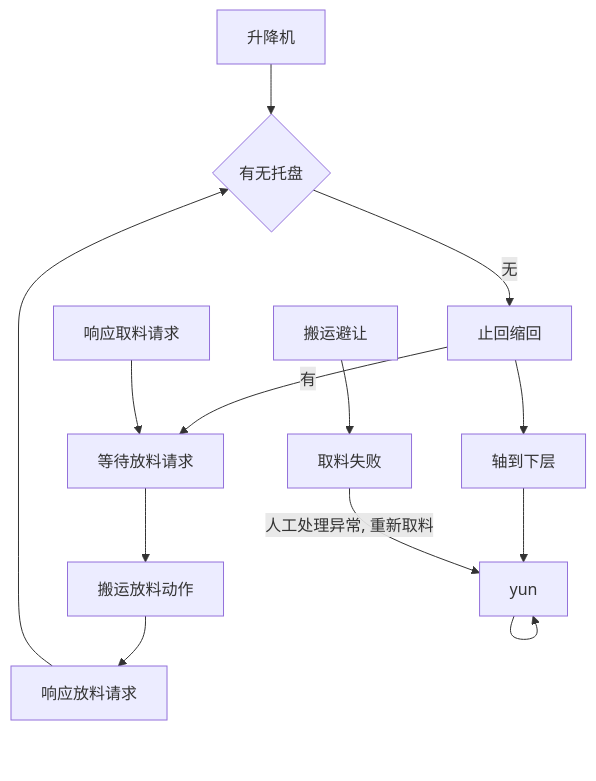
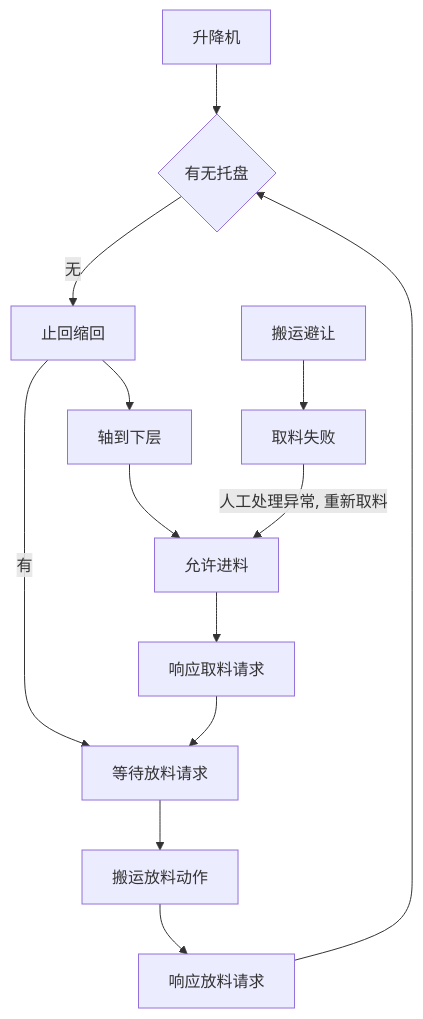
One commit to PengKun1/iodraw-files changed the diagram in all/升降台.md. Above: the diagram before and after it, drawn with Mermaid.

Commit message:
2024-12-23 10:19:44 update

````diff
--- a/all/升降台.md
+++ b/all/升降台.md
@@ -1,16 +1,16 @@
 ```mermaid
 graph TD
 0[升降机]-->10
 10{有无托盘}-->|无|20
 20-->|有|60
 20[止回缩回]-->30
 30[轴到下层]-->40
-40[yun]-->40
+40[允许进料]-->50
 50[响应取料请求]-->60
 60[等待放料请求]-->70
 70[搬运放料动作]-->80
 80[响应放料请求]-->10
 90[搬运避让]-->900
 
 900[取料失败]-->|人工处理异常, 重新取料|40
 ```
````
